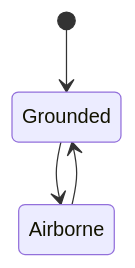
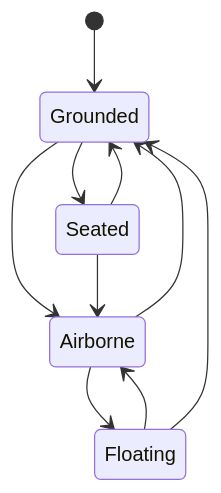
One commit to Kobu-Labs/drycastle changed diagram 12 of 53 in docs/state-machines.md. Above: the diagram before and after it, drawn with Mermaid. The commit also changed other lines of this file, not shown here.

Commit message:
Regenerate state-machines.md (Corpse.Flight Seated/Floating, Player.DeathView)

````diff
--- a/docs/state-machines.md
+++ b/docs/state-machines.md
@@ -326,6 +326,12 @@
 ```mermaid
 stateDiagram-v2
     [*] --> Grounded
     Grounded --> Airborne
+    Grounded --> Seated
     Airborne --> Grounded
+    Airborne --> Floating
+    Seated --> Airborne
+    Seated --> Grounded
+    Floating --> Airborne
+    Floating --> Grounded
 ```
````
